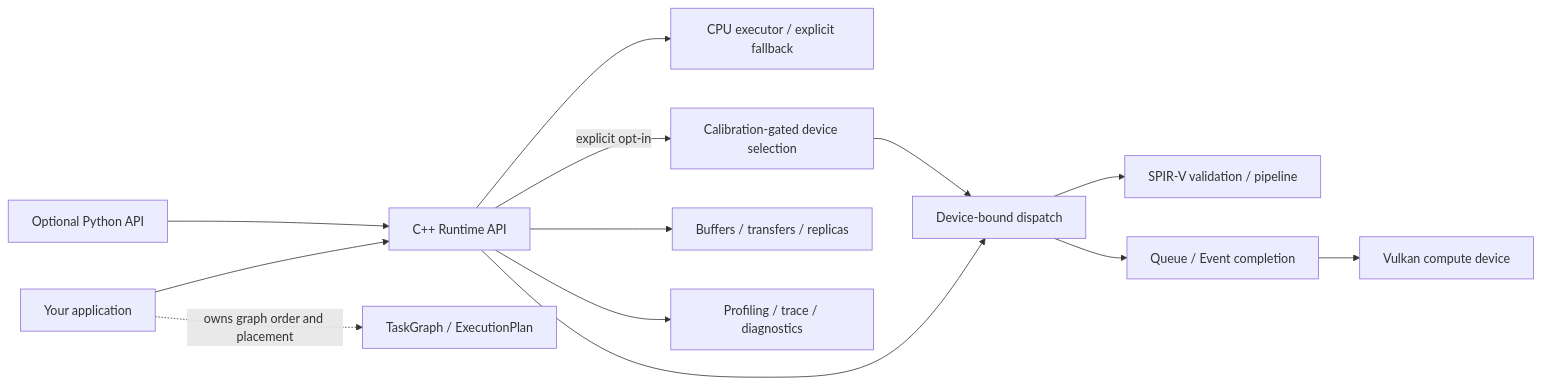
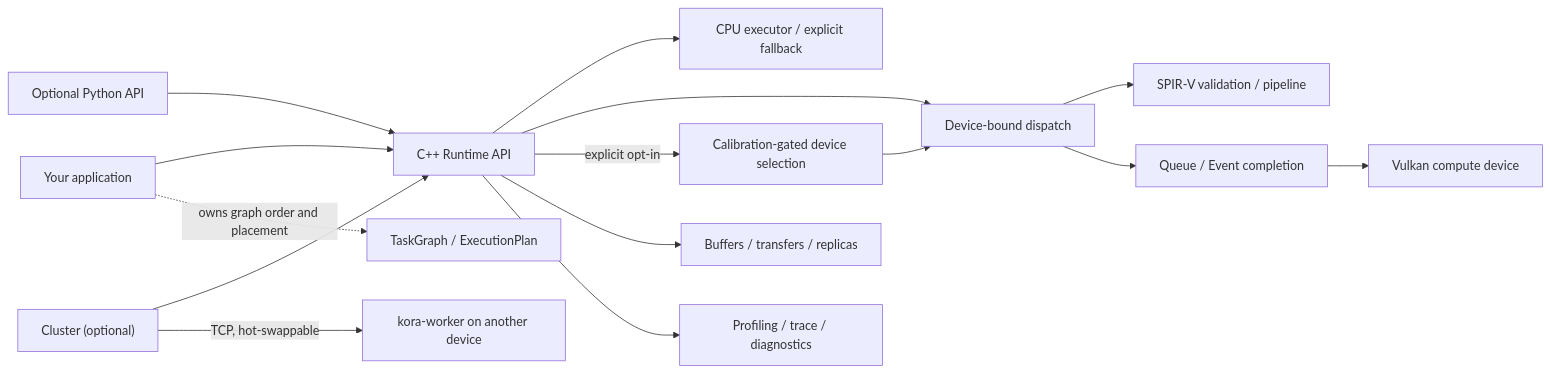
The first of 2 diagrams in README.md (varunkarthic/kora), drawn with Mermaid before and after one commit. The commit also changed other lines of this file and 8 other files, not shown here.

````diff
--- a/README.md
+++ b/README.md
@@ -38,15 +42,17 @@
 ```mermaid
 flowchart LR
   APP["Your application"] --> API["C++ Runtime API"]
   PY["Optional Python API"] --> API
   APP -. "owns graph order and placement" .-> GRAPH["TaskGraph / ExecutionPlan"]
   API --> CPU["CPU executor / explicit fallback"]
   API --> DISPATCH["Device-bound dispatch"]
   API -->|"explicit opt-in"| ADAPT["Calibration-gated device selection"]
   ADAPT --> DISPATCH
   DISPATCH --> PIPE["SPIR-V validation / pipeline"]
   DISPATCH --> QUEUE["Queue / Event completion"]
   QUEUE --> GPU["Vulkan compute device"]
   API --> MEMORY["Buffers / transfers / replicas"]
   API --> OBS["Profiling / trace / diagnostics"]
+  CLUSTER["Cluster (optional)"] --> API
+  CLUSTER -->|"TCP, hot-swappable"| WORKER["kora-worker on another device"]
 ```
````
